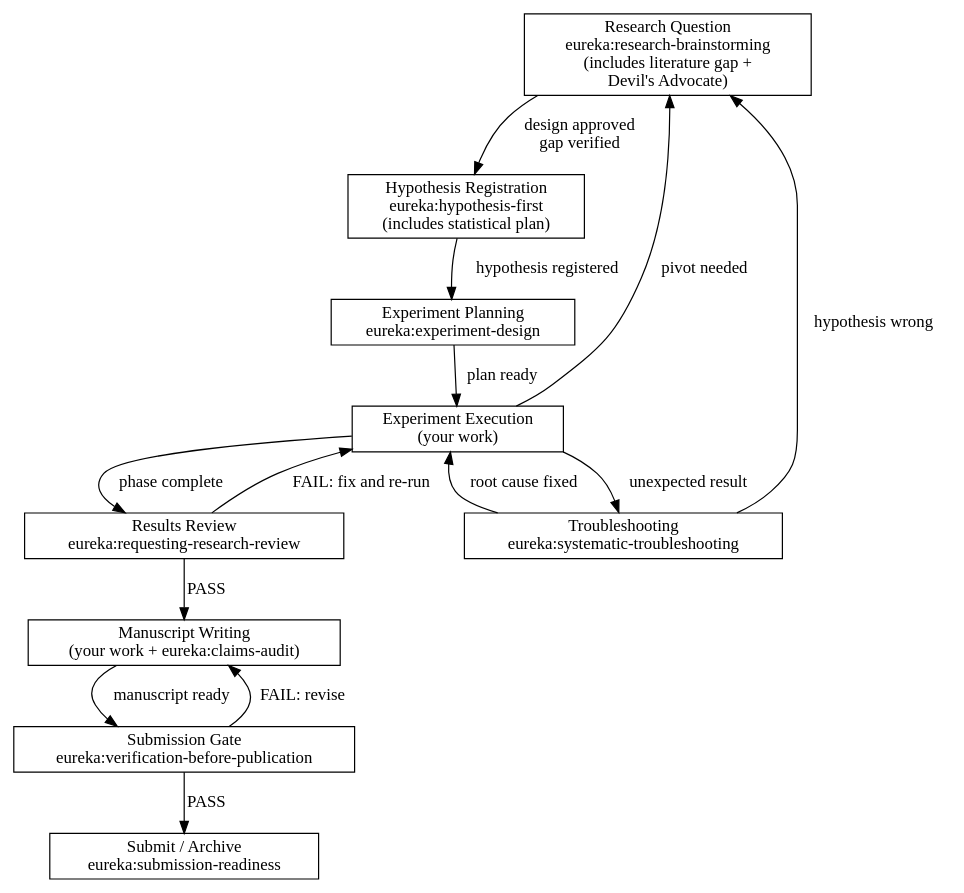
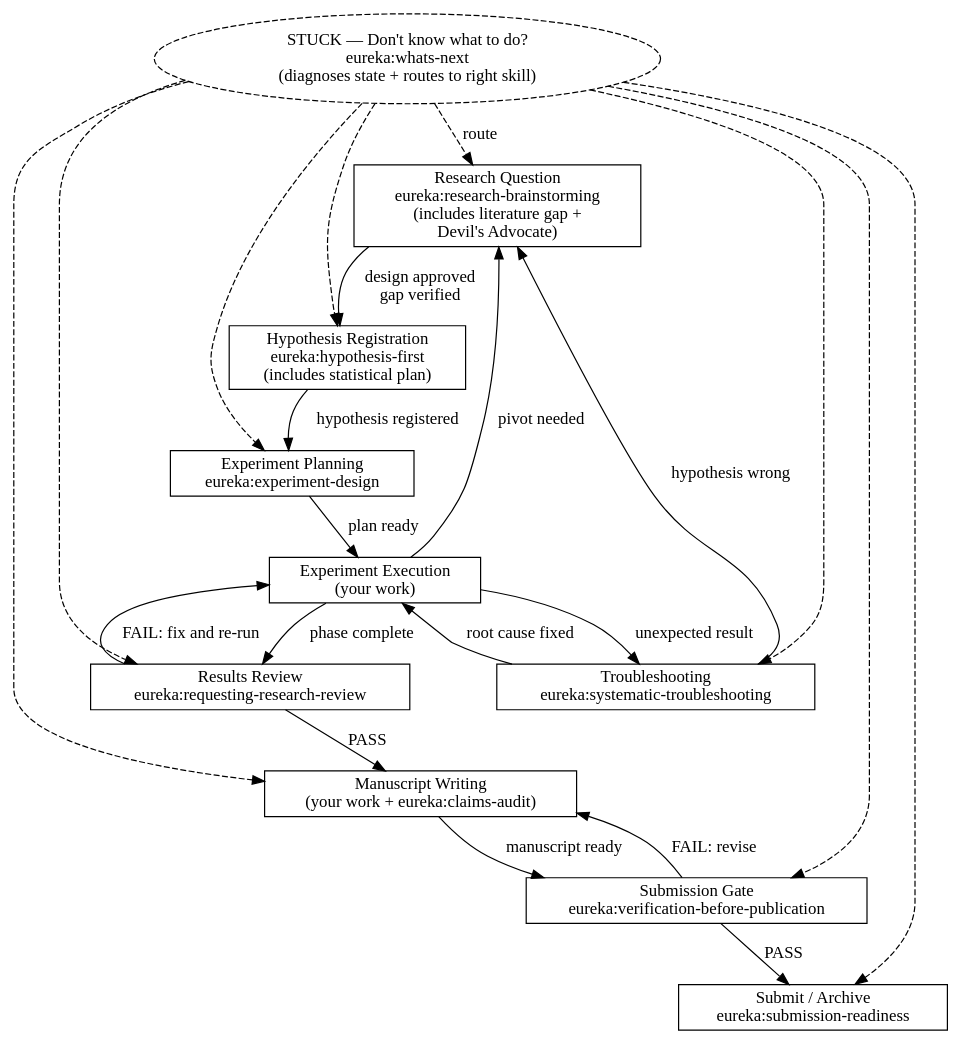
The second of 2 diagrams in skills/using-eureka/SKILL.md (jeonnoin-alt/Eureka), drawn with Graphviz before and after one commit. The commit also changed other lines of this file and 2 other files, not shown here.

Commit message:
feat: add whats-next triage skill
When researchers get stuck mid-project, none of the existing Eureka skills
have a clear trigger for the meta-state of "I don't know what phase I'm in."
This skill fills that gap as a router/dispatcher.

whats-next:
- Scans project state (designs, registrations, plans, results, manuscripts)
- Asks diagnostic questions one at a time
- Maps the user to a research lifecycle phase
- Recommends 2-3 next actions, each linked to a specific Eureka skill
- Always hands off — never does the work itself

Updates:
- using-eureka lifecycle diagram includes whats-next as alternative entry point
- Skill Priority section adds triage as step 0
- CHANGELOG [Unreleased] documents the addition

````diff
--- a/skills/using-eureka/SKILL.md
+++ b/skills/using-eureka/SKILL.md
@@ -88,30 +88,40 @@
 ```dot
 digraph research_lifecycle {
     rankdir=TB;
     node [shape=box];
 
+    stuck [label="STUCK — Don't know what to do?\neureka:whats-next\n(diagnoses state + routes to right skill)", shape=ellipse, style=dashed];
     rq [label="Research Question\neureka:research-brainstorming\n(includes literature gap +\nDevil's Advocate)"];
     hr [label="Hypothesis Registration\neureka:hypothesis-first\n(includes statistical plan)"];
     plan [label="Experiment Planning\neureka:experiment-design"];
     exp [label="Experiment Execution\n(your work)"];
     trouble [label="Troubleshooting\neureka:systematic-troubleshooting"];
     rev [label="Results Review\neureka:requesting-research-review"];
     write [label="Manuscript Writing\n(your work + eureka:claims-audit)"];
     pub [label="Submission Gate\neureka:verification-before-publication"];
     submit [label="Submit / Archive\neureka:submission-readiness"];
 
     rq -> hr [label="design approved\ngap verified"];
     hr -> plan [label="hypothesis registered"];
     plan -> exp [label="plan ready"];
     exp -> trouble [label="unexpected result"];
     trouble -> exp [label="root cause fixed"];
     trouble -> rq [label="hypothesis wrong"];
     exp -> rev [label="phase complete"];
     rev -> exp [label="FAIL: fix and re-run"];
     rev -> write [label="PASS"];
     write -> pub [label="manuscript ready"];
     pub -> write [label="FAIL: revise"];
     pub -> submit [label="PASS"];
     exp -> rq [label="pivot needed"];
+
+    stuck -> rq [style=dashed, label="route"];
+    stuck -> hr [style=dashed];
+    stuck -> plan [style=dashed];
+    stuck -> trouble [style=dashed];
+    stuck -> rev [style=dashed];
+    stuck -> write [style=dashed];
+    stuck -> pub [style=dashed];
+    stuck -> submit [style=dashed];
 }
 ```
````
